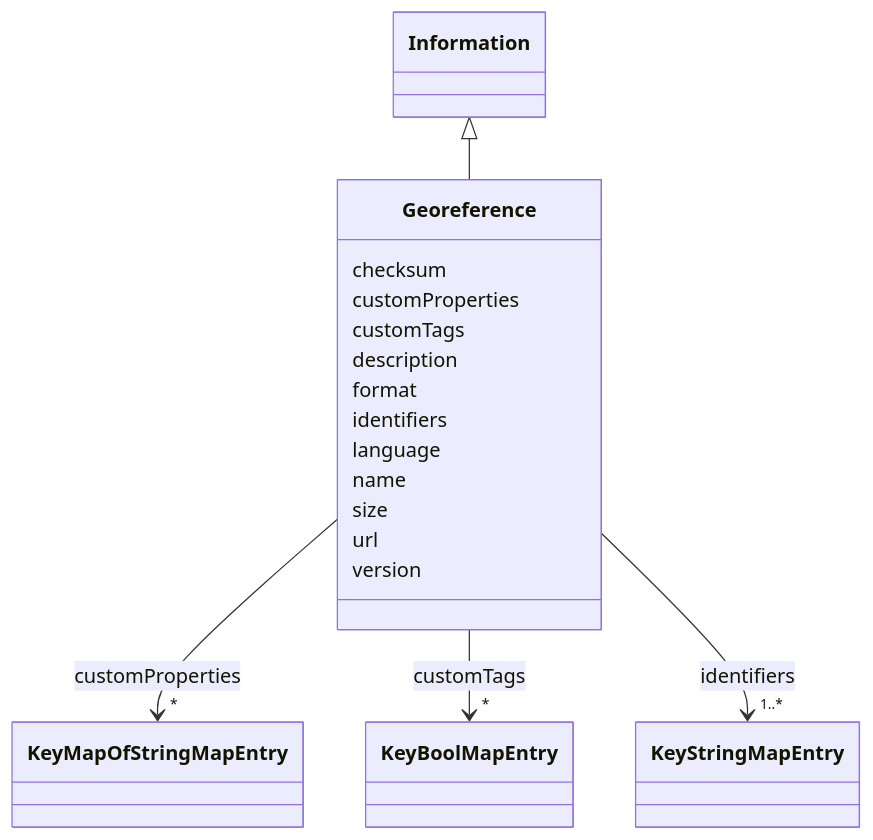
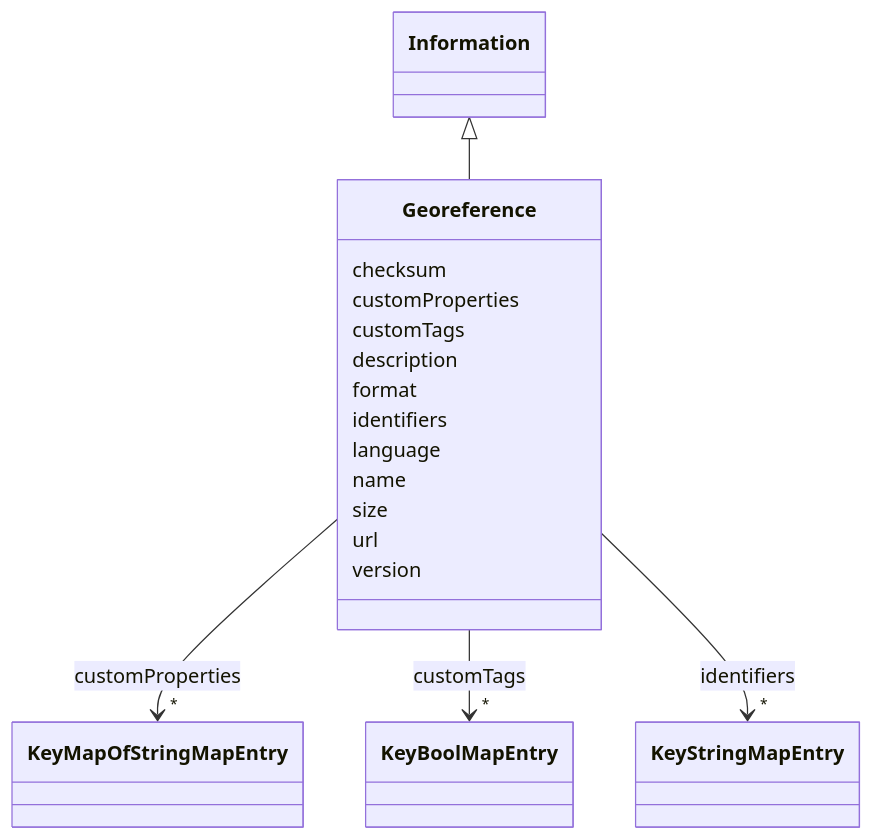
One commit to takashikasuya/smartbuiding_ontology changed the diagram in docs/Georeference.md. Above: the diagram before and after it, drawn with Mermaid. The commit also changed other lines of this file and 89 other files, not shown here.

````diff
--- a/docs/Georeference.md
+++ b/docs/Georeference.md
@@ -18,58 +18,58 @@
 ```mermaid
  classDiagram
     class Georeference
     click Georeference href "../Georeference/"
       Information <|-- Georeference
         click Information href "../Information/"
       
       Georeference : checksum
         
       Georeference : customProperties
         
           
     
         
         
         Georeference --> "*" KeyMapOfStringMapEntry : customProperties
         click KeyMapOfStringMapEntry href "../KeyMapOfStringMapEntry/"
     
 
         
       Georeference : customTags
         
           
     
         
         
         Georeference --> "*" KeyBoolMapEntry : customTags
         click KeyBoolMapEntry href "../KeyBoolMapEntry/"
     
 
         
       Georeference : description
         
       Georeference : format
         
       Georeference : identifiers
         
           
     
         
         
-        Georeference --> "1..*" KeyStringMapEntry : identifiers
+        Georeference --> "*" KeyStringMapEntry : identifiers
         click KeyStringMapEntry href "../KeyStringMapEntry/"
     
 
         
       Georeference : language
         
       Georeference : name
         
       Georeference : size
         
       Georeference : url
         
       Georeference : version
         
       
 ```
````
